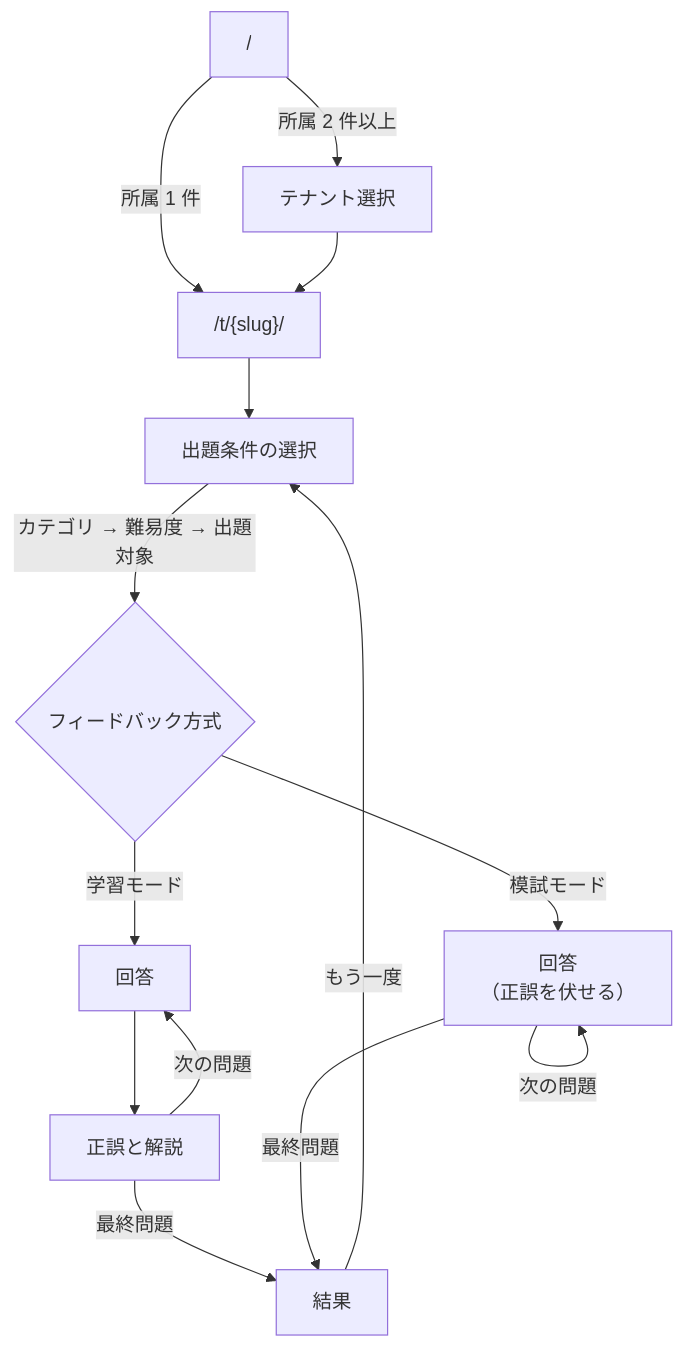
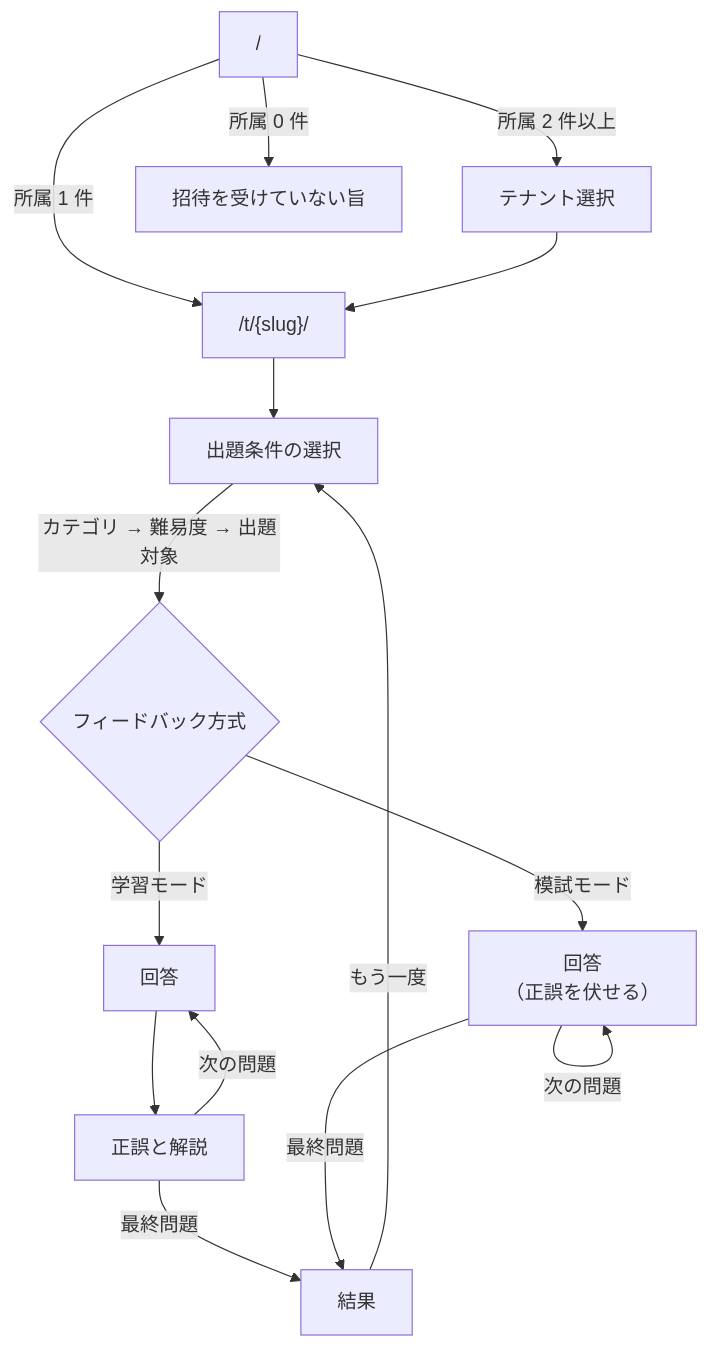
One commit to fujitamasayoshi0402/quiz-app changed the first of 3 diagrams in docs/requirements.md. Above: the diagram before and after it, drawn with Mermaid. The commit also changed other lines of this file and 29 other files, not shown here.

````diff
--- a/docs/requirements.md
+++ b/docs/requirements.md
@@ -131,16 +132,17 @@
 ```mermaid
 flowchart TD
     Root["/"] -->|所属 1 件| TenantTop["/t/{slug}/"]
     Root -->|所属 2 件以上| Select[テナント選択]
+    Root -->|所属 0 件| NoTenant[招待を受けていない旨]
     Select --> TenantTop
     TenantTop --> Play["出題条件の選択"]
     Play -->|カテゴリ → 難易度 → 出題対象| Mode{"フィードバック方式"}
     Mode -->|学習モード| Learn["回答"]
     Learn --> Judge["正誤と解説"]
     Judge -->|次の問題| Learn
     Judge -->|最終問題| Result["結果"]
     Mode -->|模試モード| Exam["回答<br/>（正誤を伏せる）"]
     Exam -->|次の問題| Exam
     Exam -->|最終問題| Result
     Result -->|もう一度| Play
 ```
````
